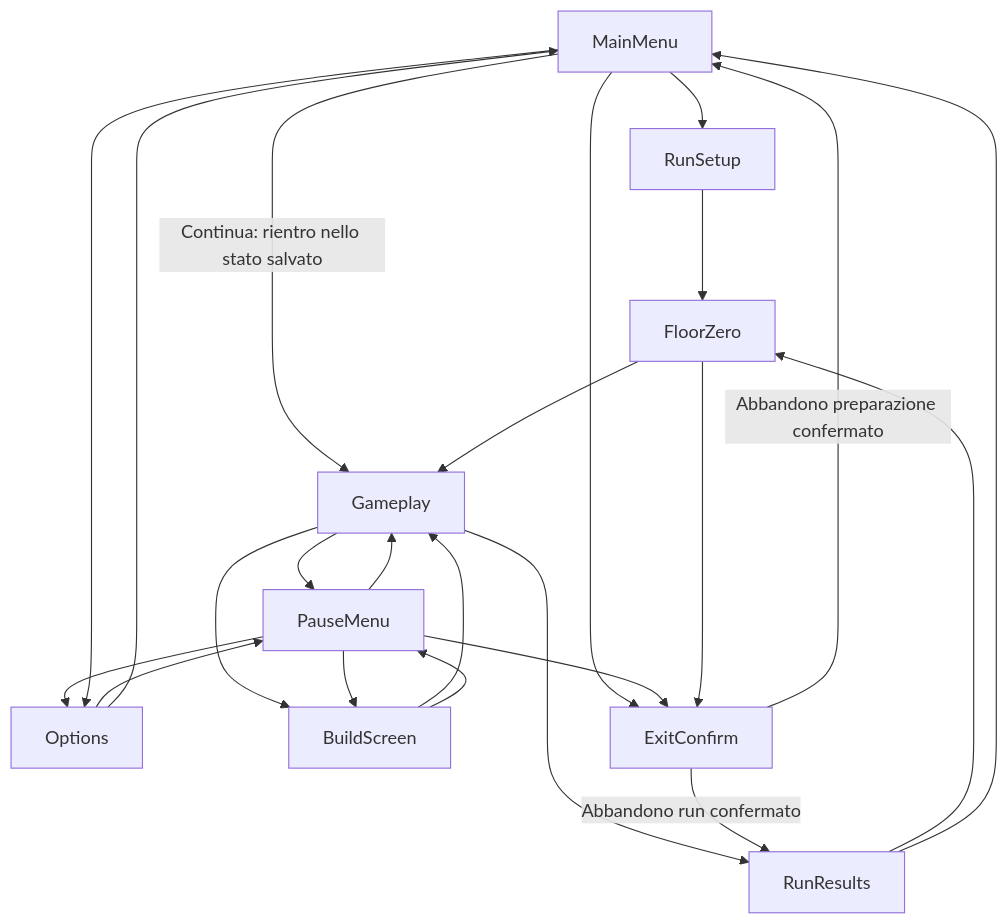
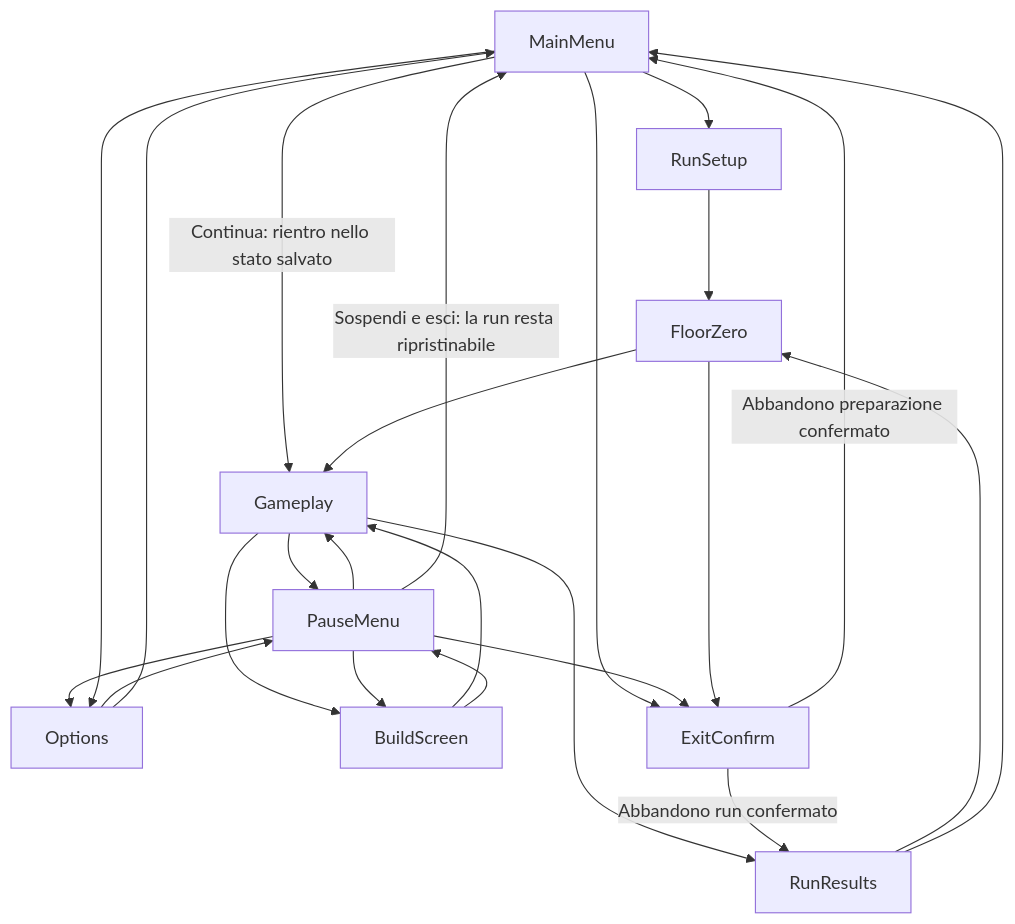
Before and after one commit to Praise32/worldsmelt: the diagram in docs/design/05-game-states-and-flow.md, drawn with Mermaid. The commit also changed other lines of this file and 18 other files, not shown here.

First line of the commit message:
feat(app): sospensione della run e Continua dal menu principale (DEC-050)

````diff
--- a/docs/design/05-game-states-and-flow.md
+++ b/docs/design/05-game-states-and-flow.md
@@ -70,25 +70,26 @@
 ```mermaid
 flowchart TD
     MainMenu --> RunSetup
     MainMenu -->|Continua: rientro nello stato salvato| Gameplay
     RunSetup --> FloorZero
     FloorZero --> Gameplay
     Gameplay --> PauseMenu
     PauseMenu --> Gameplay
+    PauseMenu -->|Sospendi e esci: la run resta ripristinabile| MainMenu
     PauseMenu --> Options
     Options --> PauseMenu
     Gameplay --> BuildScreen
     BuildScreen --> Gameplay
     PauseMenu --> BuildScreen
     BuildScreen --> PauseMenu
     Gameplay --> RunResults
     RunResults --> FloorZero
     RunResults --> MainMenu
     MainMenu --> Options
     Options --> MainMenu
     MainMenu --> ExitConfirm
     PauseMenu --> ExitConfirm
     FloorZero --> ExitConfirm
     ExitConfirm -->|Abbandono run confermato| RunResults
     ExitConfirm -->|Abbandono preparazione confermato| MainMenu
 ```
````
